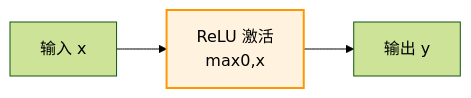
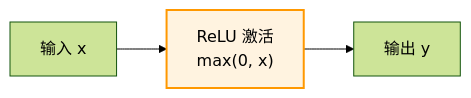
Before and after one commit to changsongyang/ai_beginner_guide: the first of 3 diagrams in 05_deep_learning/5.5_math_intuition.md, drawn with Mermaid (forest theme). The commit also changed 1 other file, not shown here.

Commit message:
Fix quote style and Mermaid math notation

````diff
--- a/05_deep_learning/5.5_math_intuition.md
+++ b/05_deep_learning/5.5_math_intuition.md
@@ -37,7 +37,7 @@
 ```mermaid
 graph LR
-    X["输入 x"] --> ReLU["ReLU 激活<br>max0,x"]
+    X["输入 x"] --> ReLU["ReLU 激活<br>max(0, x)"]
     ReLU --> Y["输出 y"]
 
     style ReLU fill:#fff3e0,stroke:#ff9800,stroke-width:2px
 ```
````
